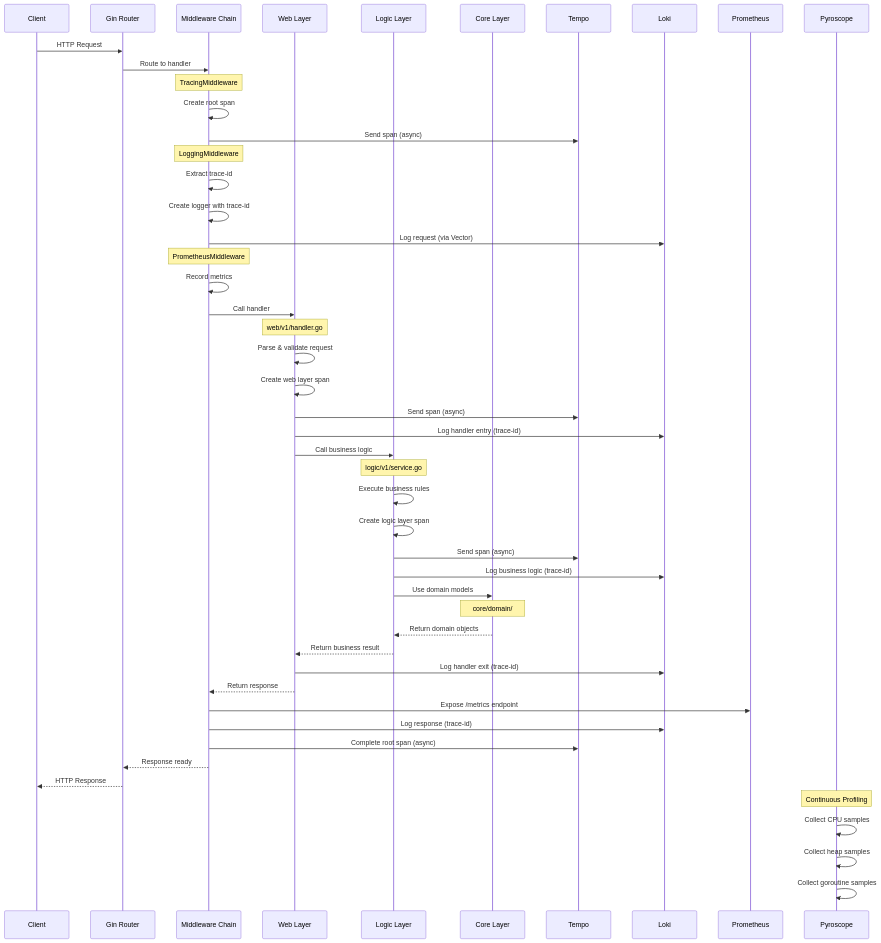
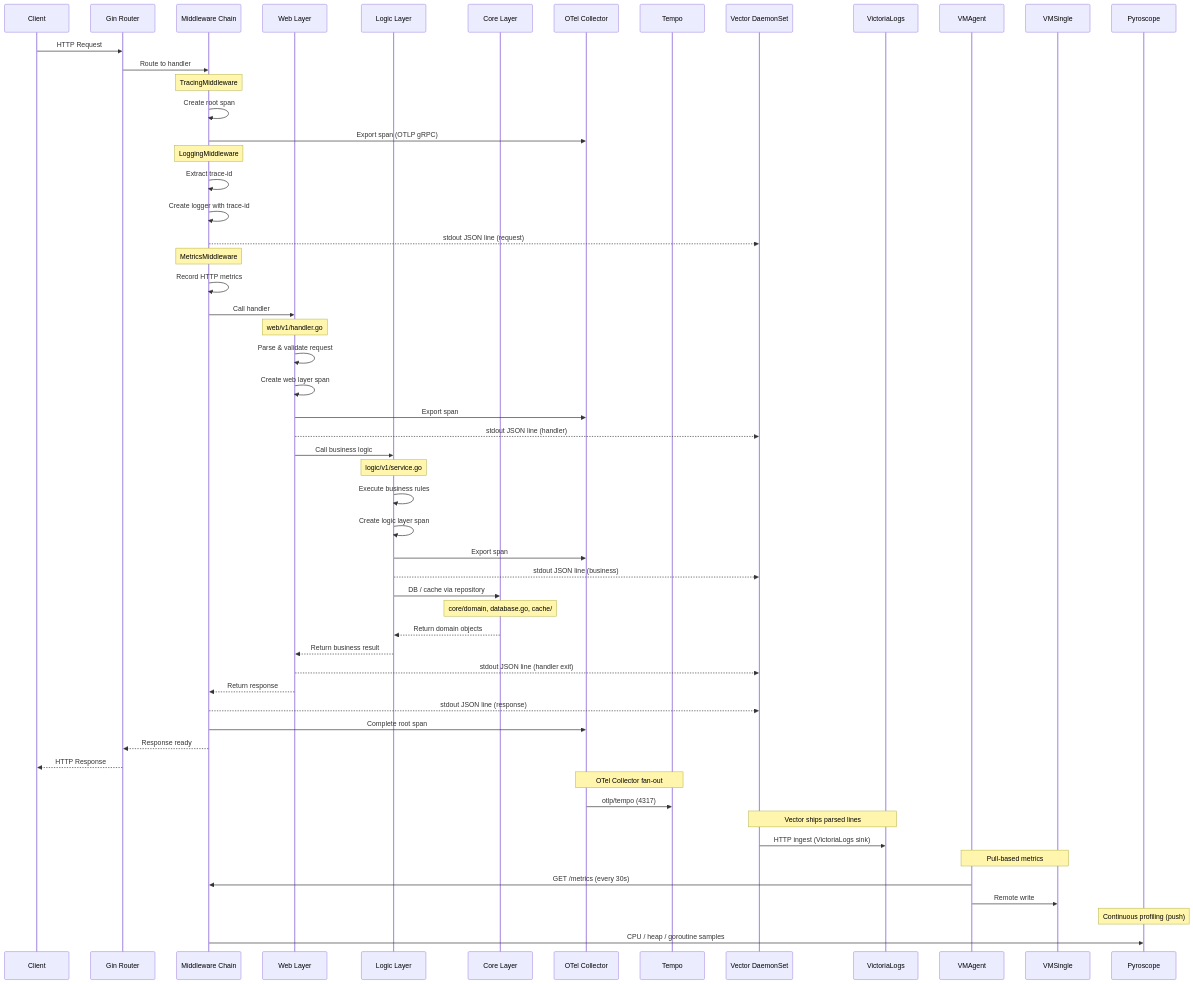
One commit to duynhlab/homelab changed the fourth of 6 diagrams in docs/observability/architecture.md. Above: the diagram before and after it, drawn with Mermaid. The commit also changed other lines of this file and 2 other files, not shown here.

First line of the commit message:
Refresh observability architecture docs

````diff
--- a/docs/observability/architecture.md
+++ b/docs/observability/architecture.md
@@ -226,62 +249,72 @@
 ```mermaid
 sequenceDiagram
     participant Client
     participant Gin as Gin Router
     participant MW as Middleware Chain
     participant Web as Web Layer
     participant Logic as Logic Layer
     participant Core as Core Layer
-    participant Tempo as Tempo
-    participant Loki as Loki
-    participant Prom as Prometheus
+    participant OTel as OTel Collector
+    participant Tempo
+    participant Vector as Vector DaemonSet
+    participant VLogs as VictoriaLogs
+    participant VMAgent
+    participant VMSingle
     participant Pyro as Pyroscope
-    
+
     Client->>Gin: HTTP Request
     Gin->>MW: Route to handler
-    
+
     Note over MW: TracingMiddleware
     MW->>MW: Create root span
-    MW->>Tempo: Send span (async)
-    
+    MW->>OTel: Export span (OTLP gRPC)
+
     Note over MW: LoggingMiddleware
     MW->>MW: Extract trace-id
     MW->>MW: Create logger with trace-id
-    MW->>Loki: Log request (via Vector)
-    
-    Note over MW: PrometheusMiddleware
-    MW->>MW: Record metrics
-    
+    MW-->>Vector: stdout JSON line (request)
+
+    Note over MW: MetricsMiddleware
+    MW->>MW: Record HTTP metrics
+
     MW->>Web: Call handler
-    
+
     Note over Web: web/v1/handler.go
     Web->>Web: Parse & validate request
     Web->>Web: Create web layer span
-    Web->>Tempo: Send span (async)
-    Web->>Loki: Log handler entry (trace-id)
+    Web->>OTel: Export span
+    Web-->>Vector: stdout JSON line (handler)
     Web->>Logic: Call business logic
-    
+
     Note over Logic: logic/v1/service.go
     Logic->>Logic: Execute business rules
     Logic->>Logic: Create logic layer span
-    Logic->>Tempo: Send span (async)
-    Logic->>Loki: Log business logic (trace-id)
-    Logic->>Core: Use domain models
-    
-    Note over Core: core/domain/
+    Logic->>OTel: Export span
+    Logic-->>Vector: stdout JSON line (business)
+    Logic->>Core: DB / cache via repository
+
+    Note over Core: core/domain, database.go, cache/
     Core-->>Logic: Return domain objects
-    
+
     Logic-->>Web: Return business result
-    Web->>Loki: Log handler exit (trace-id)
+    Web-->>Vector: stdout JSON line (handler exit)
     Web-->>MW: Return response
-    
-    MW->>Prom: Expose /metrics endpoint
-    MW->>Loki: Log response (trace-id)
-    MW->>Tempo: Complete root span (async)
+
+    MW-->>Vector: stdout JSON line (response)
+    MW->>OTel: Complete root span
     MW-->>Gin: Response ready
     Gin-->>Client: HTTP Response
-    
-    Note over Pyro: Continuous Profiling
-    Pyro->>Pyro: Collect CPU samples
-    Pyro->>Pyro: Collect heap samples
-    Pyro->>Pyro: Collect goroutine samples
+
+    Note over OTel,Tempo: OTel Collector fan-out
+    OTel->>Tempo: otlp/tempo (4317)
+
+    Note over Vector,VLogs: Vector ships parsed lines
+    Vector->>VLogs: HTTP ingest (VictoriaLogs sink)
+
+    Note over VMAgent,VMSingle: Pull-based metrics
+    VMAgent->>MW: GET /metrics (every 30s)
+    VMAgent->>VMSingle: Remote write
+
+    Note over Pyro: Continuous profiling (push)
+    MW->>Pyro: CPU / heap / goroutine samples
 ```
````
